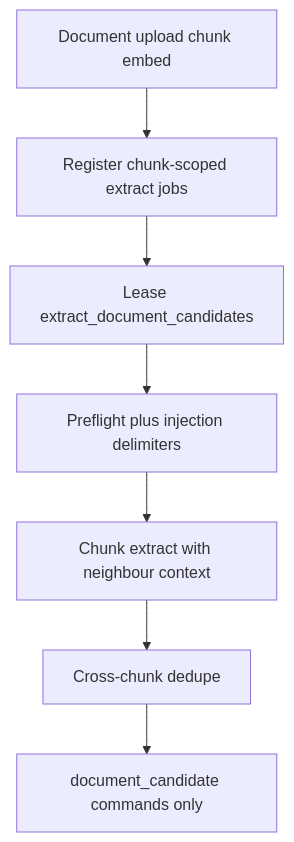
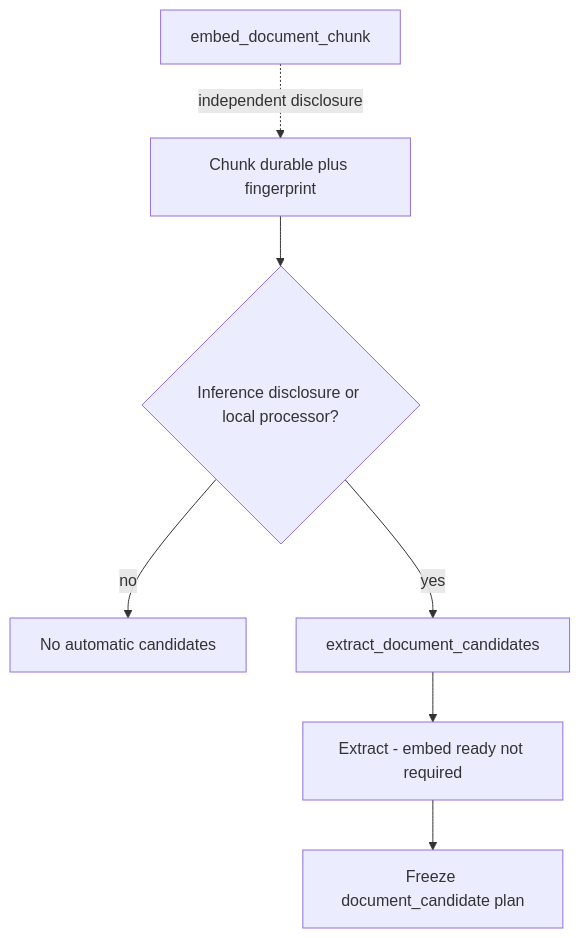
Before and after one commit to NicolVii/ContextVault: the fourth of 12 diagrams in docs/memory-system/10-memory-processing-design.md, drawn with Mermaid. The commit also changed other lines of this file, not shown here.

First line of the commit message:
docs: correct Stage 10 processing freeze and authority contracts

````diff
--- a/docs/memory-system/10-memory-processing-design.md
+++ b/docs/memory-system/10-memory-processing-design.md
@@ -1570,9 +1199,9 @@
 ```mermaid
 flowchart TD
-  Up[Document upload chunk embed] --> Reg[Register chunk-scoped extract jobs]
-  Reg --> Lease[Lease extract_document_candidates]
-  Lease --> PF[Preflight plus injection delimiters]
-  PF --> EX[Chunk extract with neighbour context]
-  EX --> Ded[Cross-chunk dedupe]
-  Ded --> DC[document_candidate commands only]
+  Up[Chunk durable plus fingerprint] --> Gate{Inference disclosure or local processor?}
+  Gate -->|no| None[No automatic candidates]
+  Gate -->|yes| Job[extract_document_candidates]
+  Job --> Ex[Extract - embed ready not required]
+  Ex --> FZ[Freeze document_candidate plan]
+  Embed[embed_document_chunk] -.->|independent disclosure| Up
 ```
````
